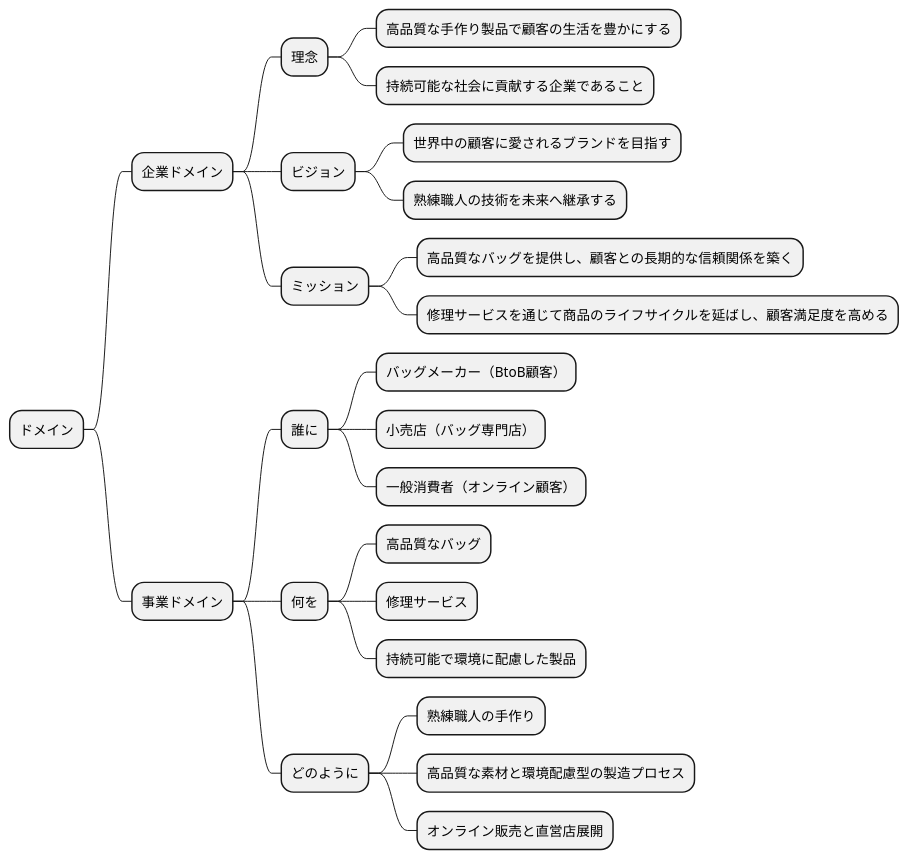
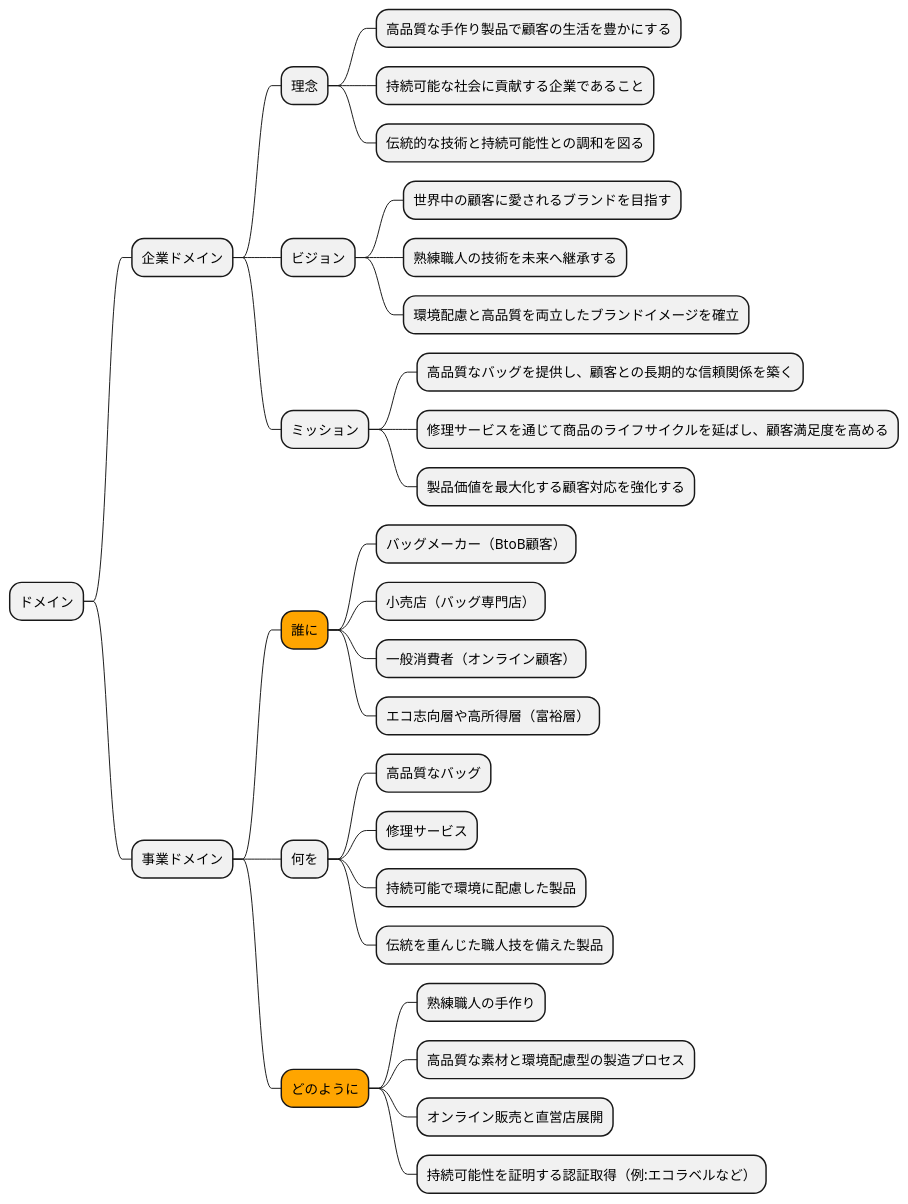
The fifth of 19 diagrams in docs/case/r03_case_3.adoc (k2works/case-study-business-analysis), drawn with PlantUML before and after one commit. The commit also changed other lines of this file, not shown here.

```diff
--- a/docs/case/r03_case_3.adoc
+++ b/docs/case/r03_case_3.adoc
@@ -220,31 +231,37 @@
 [plantuml]
 ----
 @startmindmap
 
 * ドメイン
 ** 企業ドメイン
 *** 理念
 **** 高品質な手作り製品で顧客の生活を豊かにする
 **** 持続可能な社会に貢献する企業であること
+**** 伝統的な技術と持続可能性との調和を図る
 *** ビジョン
 **** 世界中の顧客に愛されるブランドを目指す
 **** 熟練職人の技術を未来へ継承する
+**** 環境配慮と高品質を両立したブランドイメージを確立
 *** ミッション
 **** 高品質なバッグを提供し、顧客との長期的な信頼関係を築く
 **** 修理サービスを通じて商品のライフサイクルを延ばし、顧客満足度を高める
+**** 製品価値を最大化する顧客対応を強化する
 ** 事業ドメイン
-*** 誰に
+***[#orange] 誰に
 **** バッグメーカー（BtoB顧客）
 **** 小売店（バッグ専門店）
 **** 一般消費者（オンライン顧客）
+**** エコ志向層や高所得層（富裕層）
 *** 何を
 **** 高品質なバッグ
 **** 修理サービス
 **** 持続可能で環境に配慮した製品
-*** どのように
+**** 伝統を重んじた職人技を備えた製品
+***[#orange] どのように
 **** 熟練職人の手作り
 **** 高品質な素材と環境配慮型の製造プロセス
 **** オンライン販売と直営店展開
+**** 持続可能性を証明する認証取得（例:エコラベルなど）
 
 @endmindmap
 ----
```
